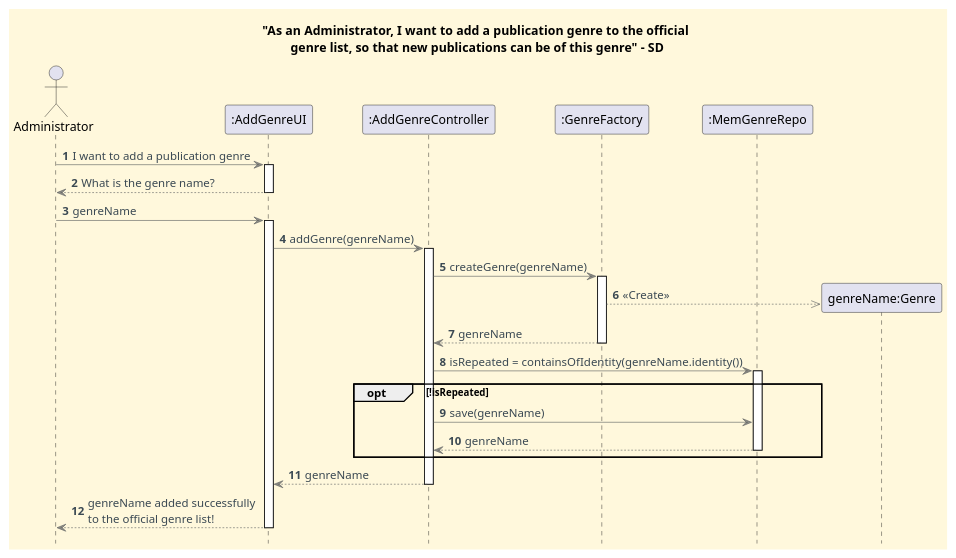
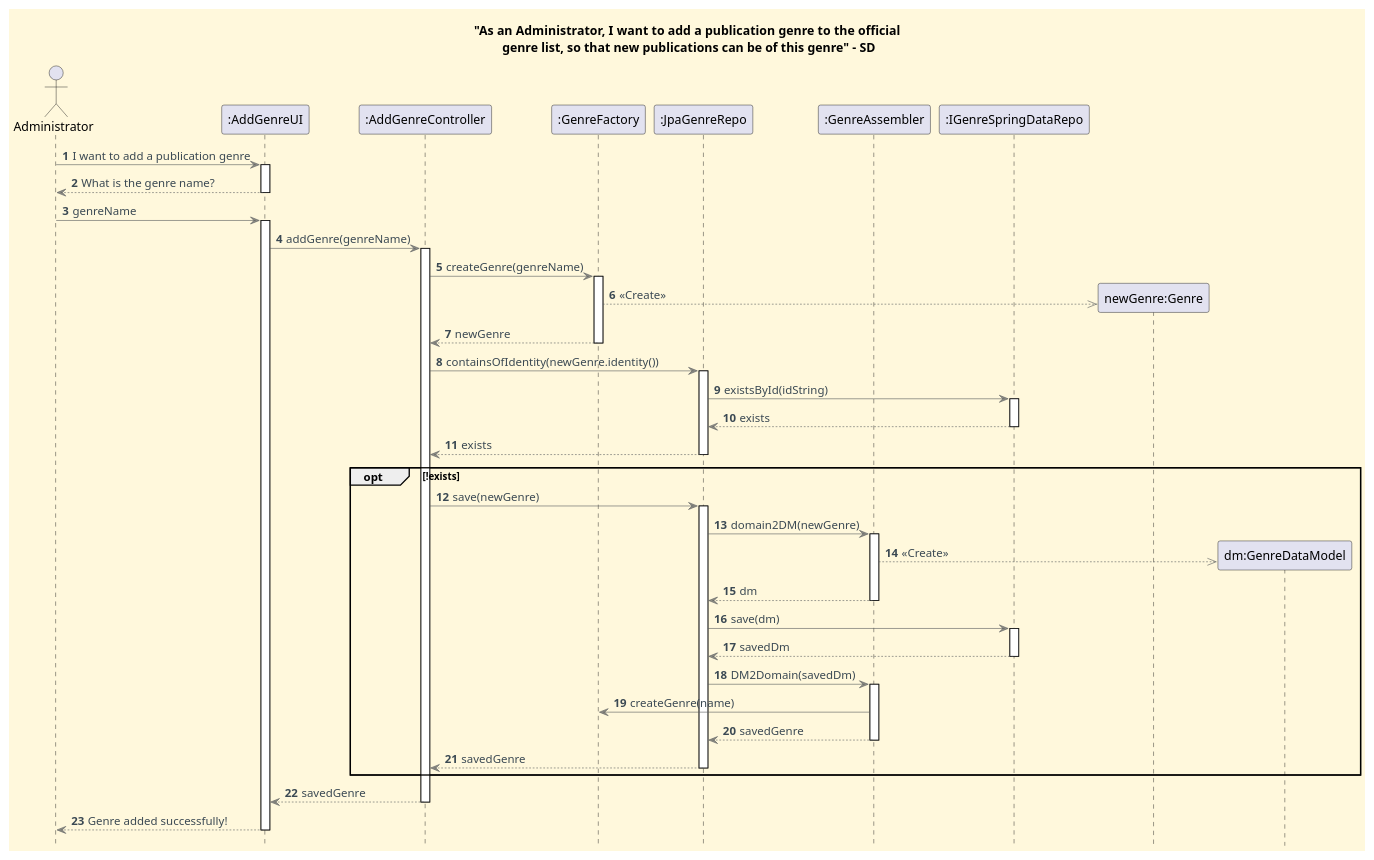
Before and after one commit to CarolinaLeite-collab/JavaMarketplacePlatform: the diagram in docs/functionalities/admin/add-genre/Add_Genre_SD.puml, drawn with PlantUML. The commit also changed 1 other file, not shown here.

Commit message:
docs: update genre aggregate and sequence diagrams for JPA persistence Refs #633

```diff
--- a/docs/functionalities/admin/add-genre/Add_Genre_SD.puml
+++ b/docs/functionalities/admin/add-genre/Add_Genre_SD.puml
@@ -1,61 +1,86 @@
     @startuml
 
     title  "As an Administrator, I want to add a publication genre to the official \ngenre list, so that new publications can be of this genre" - SD
 
     '==== basic style ====
     skinparam monochrome false
     skinparam shadowing false
     skinparam defaultFontName Futura
     skinparam objectFontSize 20
     skinparam backgroundColor CornSilk
     skinparam objectBackgroundColor WhiteSmoke
     skinparam noteBackgroundColor #FFFFE0
     skinparam ArrowFontColor #3B4953
     skinparam ArrowColor #57595BAA
     skinparam ActivationBackgroundColor WhiteSmoke
     hide footbox
 
     autonumber
 
     actor Administrator
     participant ":AddGenreUI" as UI
     participant ":AddGenreController" as Ctl
     participant ":GenreFactory" as gf
-    participant ":MemGenreRepo" as gr
-
+    participant ":JpaGenreRepo" as gr
+    participant ":GenreAssembler" as ass
+    participant ":IGenreSpringDataRepo" as sd
 
     Administrator -> UI: I want to add a publication genre
     activate UI
     UI --> Administrator: What is the genre name?
     deactivate UI
     Administrator -> UI: genreName
     activate UI
 
     UI -> Ctl: addGenre(genreName)
     activate Ctl
+
     Ctl -> gf: createGenre(genreName)
-
     activate gf
-    create "genreName:Genre"
-    gf -->> "genreName:Genre": <<Create>>
-
-    gf --> Ctl : genreName
+    create "newGenre:Genre" as g
+    gf -->> g: <<Create>>
+    gf --> Ctl : newGenre
     deactivate gf
 
+    Ctl -> gr : containsOfIdentity(newGenre.identity())
+    activate gr
+    gr -> sd : existsById(idString)
+    activate sd
+    sd --> gr : exists
+    deactivate sd
+    gr --> Ctl : exists
+    deactivate gr
 
-    Ctl -> gr : isRepeated = containsOfIdentity(genreName.identity())
-    activate gr
-    opt !isRepeated
-    Ctl -> gr: save(genreName)
-    gr --> Ctl: genreName
-     deactivate gr
+    opt !exists
+        Ctl -> gr: save(newGenre)
+        activate gr
+
+        gr -> ass : domain2DM(newGenre)
+        activate ass
+        create "dm:GenreDataModel" as dm
+        ass -->> dm : <<Create>>
+        ass --> gr : dm
+        deactivate ass
+
+        gr -> sd : save(dm)
+        activate sd
+        sd --> gr : savedDm
+        deactivate sd
+
+        gr -> ass : DM2Domain(savedDm)
+        activate ass
+        ass -> gf : createGenre(name)
+        ass --> gr : savedGenre
+        deactivate ass
+
+        gr --> Ctl: savedGenre
+        deactivate gr
     end
 
-
-    Ctl --> UI: genreName
+    Ctl --> UI: savedGenre
     deactivate Ctl
 
-    UI --> Administrator: genreName added successfully \nto the official genre list!
+    UI --> Administrator: Genre added successfully!
     deactivate UI
 
     @enduml
```
